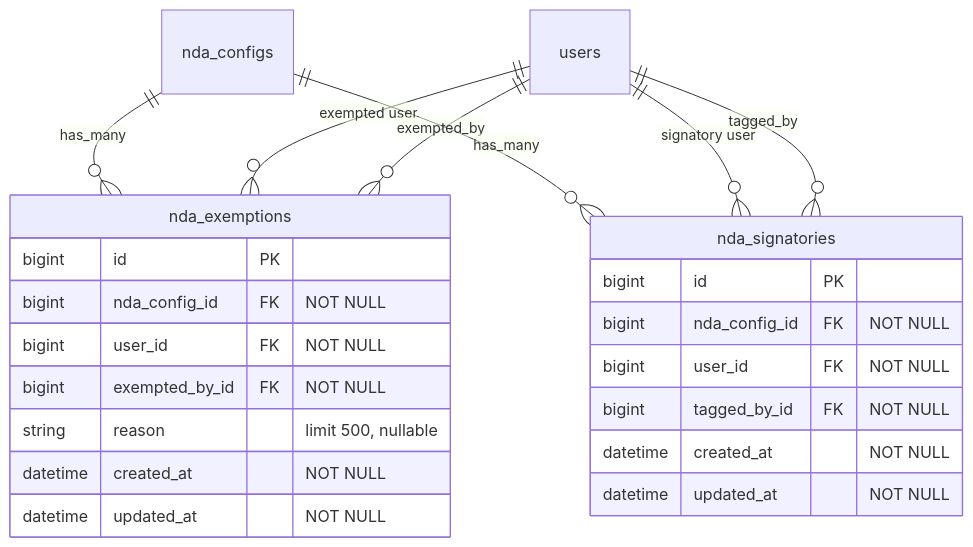
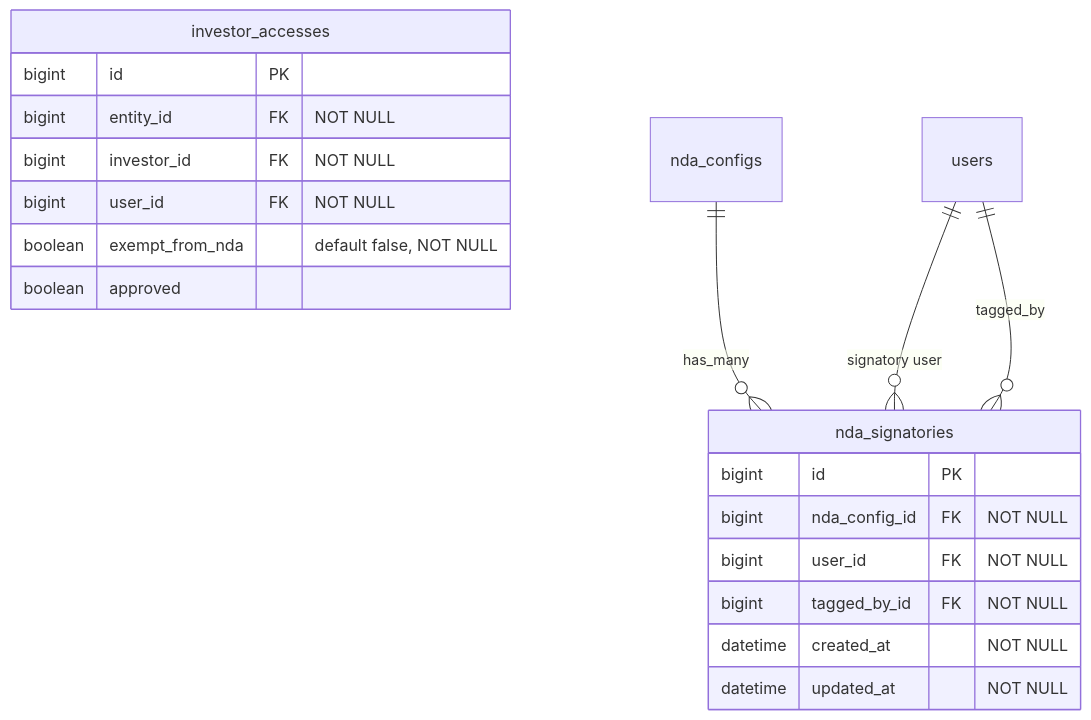
The fourth of 9 diagrams in openspec/changes/nda-data-room-module-3-gp-dashboard/design.md (sampadadiwan/IRM_CompanyMain), drawn with Mermaid before and after one commit. The commit also changed other lines of this file and 22 other files, not shown here.

````diff
--- a/openspec/changes/nda-data-room-module-3-gp-dashboard/design.md
+++ b/openspec/changes/nda-data-room-module-3-gp-dashboard/design.md
@@ -206,29 +195,24 @@
 ```mermaid
 erDiagram
-    nda_configs ||--o{ nda_exemptions : "has_many"
-    users ||--o{ nda_exemptions : "exempted user"
-    users ||--o{ nda_exemptions : "exempted_by"
-
-    nda_exemptions {
+    investor_accesses {
         bigint id PK
-        bigint nda_config_id FK "NOT NULL"
+        bigint entity_id FK "NOT NULL"
+        bigint investor_id FK "NOT NULL"
         bigint user_id FK "NOT NULL"
-        bigint exempted_by_id FK "NOT NULL"
-        string reason "limit 500, nullable"
-        datetime created_at "NOT NULL"
-        datetime updated_at "NOT NULL"
+        boolean exempt_from_nda "default false, NOT NULL"
+        boolean approved
     }
 
     nda_configs ||--o{ nda_signatories : "has_many"
     users ||--o{ nda_signatories : "signatory user"
     users ||--o{ nda_signatories : "tagged_by"
 
     nda_signatories {
         bigint id PK
         bigint nda_config_id FK "NOT NULL"
         bigint user_id FK "NOT NULL"
         bigint tagged_by_id FK "NOT NULL"
         datetime created_at "NOT NULL"
         datetime updated_at "NOT NULL"
     }
 ```
````
